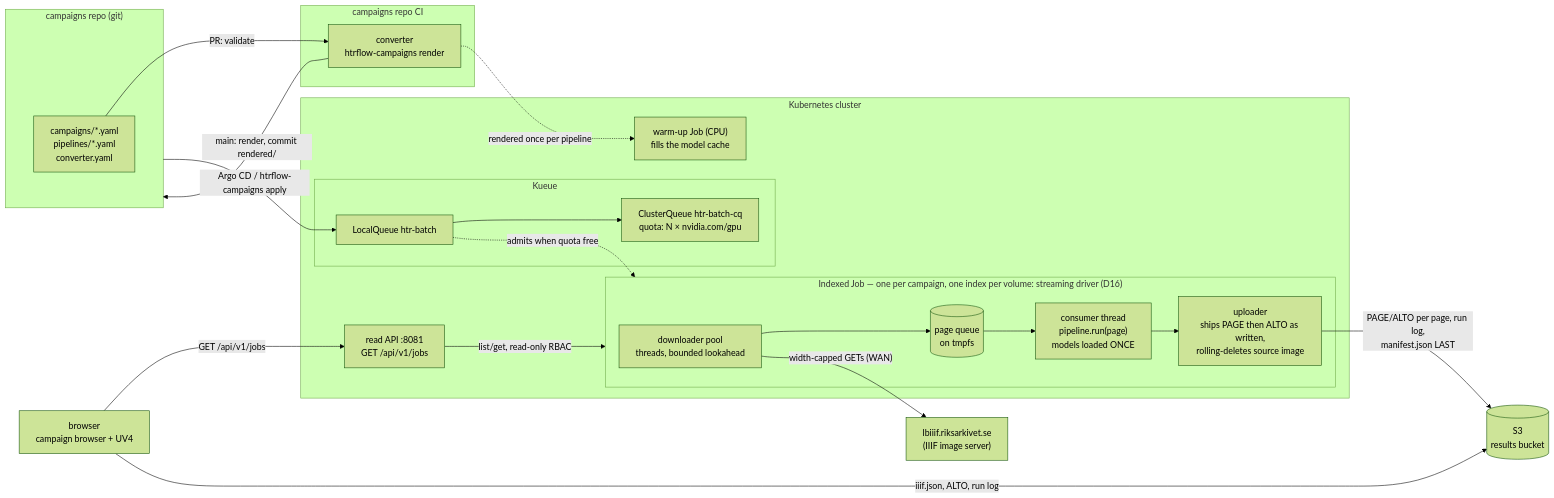
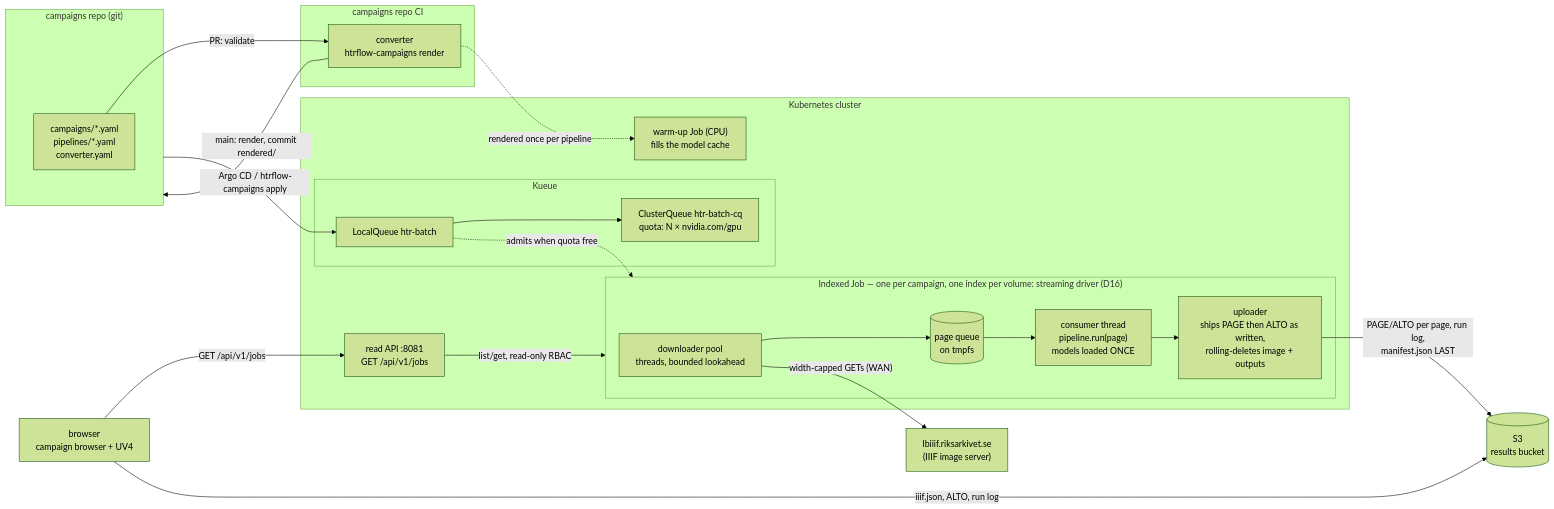
Before and after one commit to AI-Riksarkivet/htrflow-batch: the first of 2 diagrams in docs/how-it-works/architecture.md, drawn with Mermaid (forest theme). The commit also changed other lines of this file and 2 other files, not shown here.

Commit message:
docs(how-it-works): state the measured per-page footprint
memory-budget.md claimed the budget was "independent of volume size" with
outputs as "noise" while ~300 KB/page of XML stayed in the memory-backed
workdir and htrflow retained every Document. It now says what was measured
(40 files / 8 000 280 B over 20 pages; two _tasks entries and two rich tasks
per page), what makes it flat, and which two rows are still proportional to
page count and why that is bounded. The wrapper's and architecture's
one-line descriptions of the rolling delete say "image and outputs" too.

The 2 000-page live run is called out as the remaining acceptance box.

Claude-Session: https://claude.ai/code/session_01MHcRxTpBNARnc9nPWq81YA

````diff
--- a/docs/how-it-works/architecture.md
+++ b/docs/how-it-works/architecture.md
@@ -3,42 +3,42 @@
 ```mermaid
 flowchart LR
     subgraph git["campaigns repo (git)"]
         CAMP["campaigns/*.yaml<br/>pipelines/*.yaml<br/>converter.yaml"]
     end
 
     subgraph ci["campaigns repo CI"]
         CONV["converter<br/>htrflow-campaigns render"]
     end
 
     subgraph cluster["Kubernetes cluster"]
         subgraph queueing["Kueue"]
             LQ["LocalQueue htr-batch"] --> CQ["ClusterQueue htr-batch-cq<br/>quota: N × nvidia.com/gpu"]
         end
 
         subgraph job["Indexed Job — one per campaign, one index per volume: streaming driver (D16)"]
             DLP["downloader pool<br/>threads, bounded lookahead"]
             PQ[("page queue<br/>on tmpfs")]
             CONS["consumer thread<br/>pipeline.run(page)<br/>models loaded ONCE"]
-            UPL["uploader<br/>ships PAGE then ALTO as written,<br/>rolling-deletes source image"]
+            UPL["uploader<br/>ships PAGE then ALTO as written,<br/>rolling-deletes image + outputs"]
             DLP --> PQ --> CONS --> UPL
         end
 
         WARM["warm-up Job (CPU)<br/>fills the model cache"]
         API["read API :8081<br/>GET /api/v1/jobs"]
         LQ -.->|admits when quota free| job
         API -->|"list/get, read-only RBAC"| job
     end
 
     IIIF["lbiiif.riksarkivet.se<br/>(IIIF image server)"]
     S3[("S3<br/>results bucket")]
     BROWSER["browser<br/>campaign browser + UV4"]
 
     CAMP -->|"PR: validate"| CONV
     CONV -->|"main: render, commit rendered/"| git
     git -->|"Argo CD / htrflow-campaigns apply"| LQ
     CONV -.->|"rendered once per pipeline"| WARM
     DLP -->|"width-capped GETs (WAN)"| IIIF
     UPL -->|"PAGE/ALTO per page, run log,<br/>manifest.json LAST"| S3
     BROWSER -->|"GET /api/v1/jobs"| API
     BROWSER -->|"iiif.json, ALTO, run log"| S3
 ```
````
